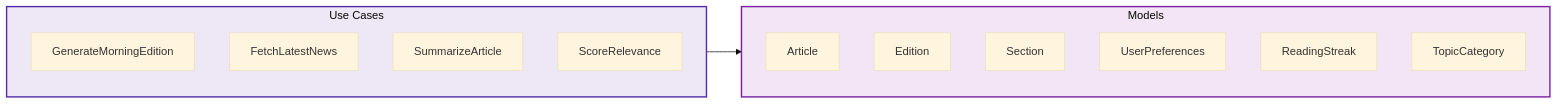
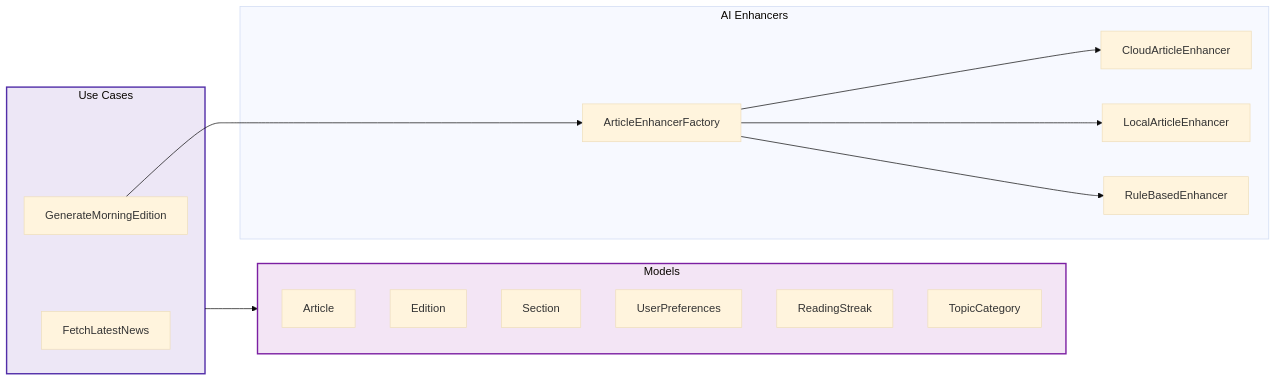
Before and after one commit to RandhirGupta/PaperwalaApp: the third of 10 diagrams in ARCHITECTURE.md, drawn with Mermaid. The commit also changed 1 other file, not shown here.

Commit message:
Clean up stale single-model references
- Constants.kt: removed obsolete LLM_MODEL_NAME and LLM_MIN_RAM_MB
  (now per-model in LlmModel enum)
- ARCHITECTURE.md: updated domain layer diagram to show
  ArticleEnhancerFactory + Cloud/Local/RuleBased strategy pattern

````diff
--- a/ARCHITECTURE.md
+++ b/ARCHITECTURE.md
@@ -64,24 +64,33 @@
 ```mermaid
 %%{init: {'theme': 'base', 'themeVariables': {'fontSize': '16px'}}}%%
 graph LR
     subgraph Models
         Article
         Edition
         Section
         UserPreferences
         ReadingStreak
         TopicCategory
     end
 
     subgraph UseCases["Use Cases"]
         GenEdition["GenerateMorningEdition"]
         FetchNews["FetchLatestNews"]
-        Summarize["SummarizeArticle"]
-        Score["ScoreRelevance"]
+    end
+
+    subgraph AI["AI Enhancers"]
+        Factory["ArticleEnhancerFactory"]
+        Cloud["CloudArticleEnhancer"]
+        Local["LocalArticleEnhancer"]
+        Rules["RuleBasedEnhancer"]
     end
 
     UseCases --> Models
+    GenEdition --> Factory
+    Factory --> Cloud
+    Factory --> Local
+    Factory --> Rules
 
     style Models fill:#F3E5F5,stroke:#7B1FA2,stroke-width:2px
     style UseCases fill:#EDE7F6,stroke:#512DA8,stroke-width:2px
 ```
````
